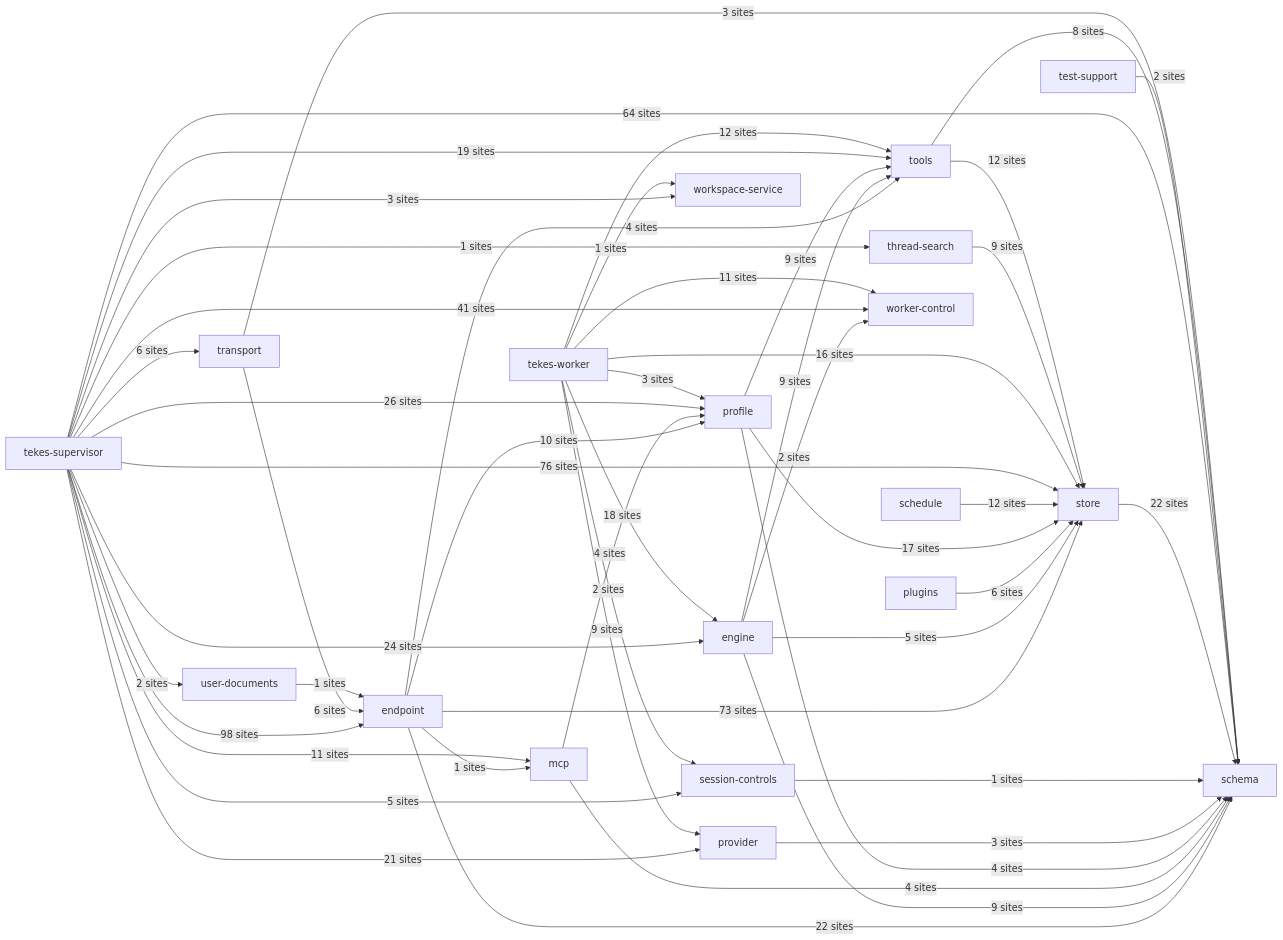
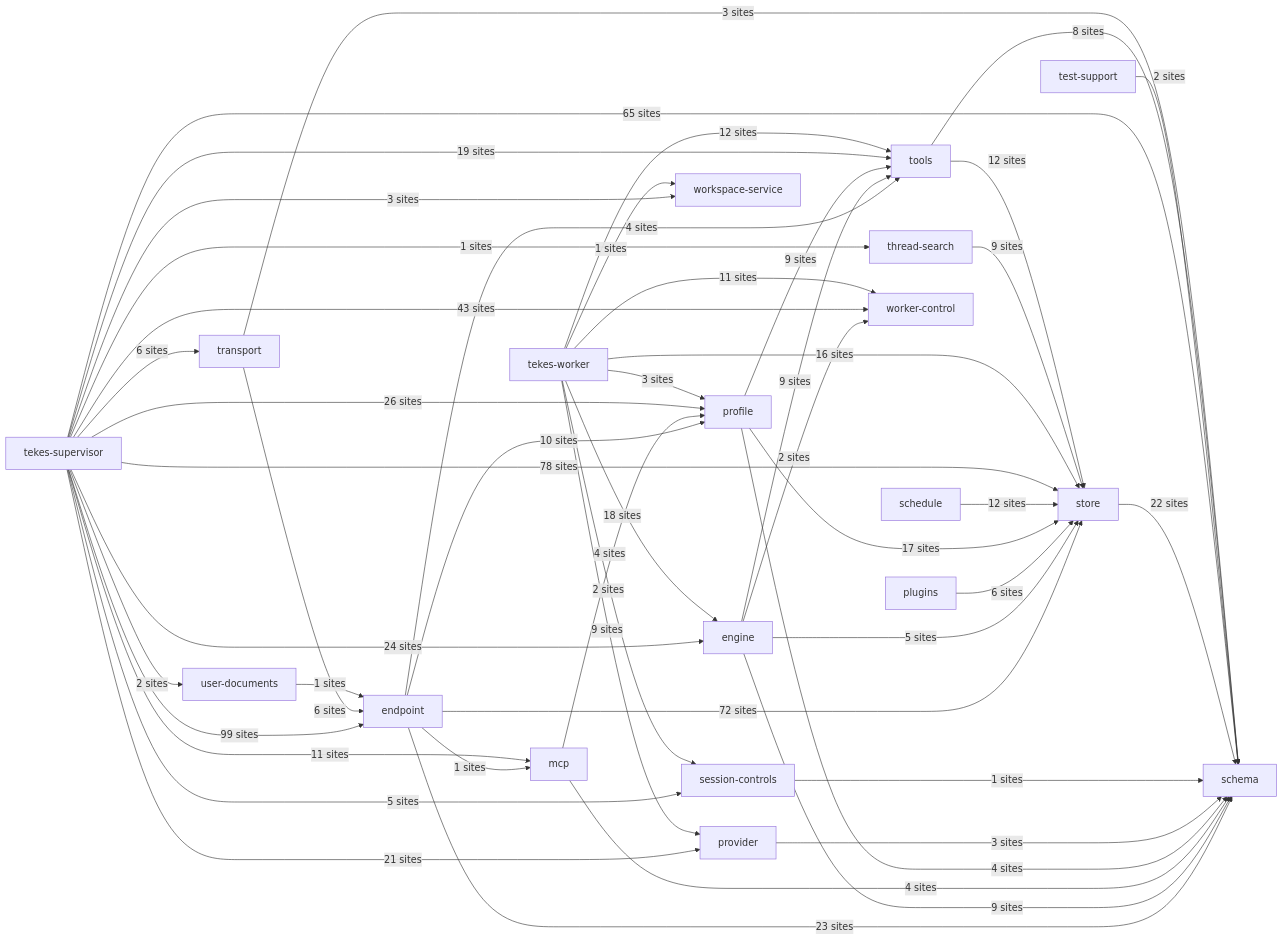
One commit to TekesApps/TekesKernel changed the second of 2 diagrams in docs/architecture/generated/index.md. Above: the diagram before and after it, drawn with Mermaid. The commit also changed other lines of this file and 56 other files, not shown here.

````diff
--- a/docs/architecture/generated/index.md
+++ b/docs/architecture/generated/index.md
@@ -149,70 +149,70 @@
 ```mermaid
 flowchart LR
   p1["endpoint"]
   p2["engine"]
   p4["mcp"]
   p5["plugins"]
   p6["profile"]
   p7["provider"]
   p8["schedule"]
   p9["schema"]
   p10["session-controls"]
   p11["store"]
   p12["tekes-supervisor"]
   p13["tekes-worker"]
   p14["test-support"]
   p15["thread-search"]
   p16["tools"]
   p17["transport"]
   p18["user-documents"]
   p19["worker-control"]
   p20["workspace-service"]
   p1 -->|"1 sites"| p4
   p1 -->|"10 sites"| p6
-  p1 -->|"22 sites"| p9
-  p1 -->|"73 sites"| p11
+  p1 -->|"23 sites"| p9
+  p1 -->|"72 sites"| p11
   p1 -->|"4 sites"| p16
   p2 -->|"9 sites"| p9
   p2 -->|"5 sites"| p11
   p2 -->|"9 sites"| p16
   p2 -->|"2 sites"| p19
   p4 -->|"4 sites"| p6
   p4 -->|"4 sites"| p9
   p5 -->|"6 sites"| p11
   p6 -->|"4 sites"| p9
   p6 -->|"17 sites"| p11
   p6 -->|"9 sites"| p16
   p7 -->|"3 sites"| p9
   p8 -->|"12 sites"| p11
   p10 -->|"1 sites"| p9
   p11 -->|"22 sites"| p9
-  p12 -->|"98 sites"| p1
+  p12 -->|"99 sites"| p1
   p12 -->|"24 sites"| p2
   p12 -->|"11 sites"| p4
   p12 -->|"26 sites"| p6
   p12 -->|"21 sites"| p7
-  p12 -->|"64 sites"| p9
+  p12 -->|"65 sites"| p9
   p12 -->|"5 sites"| p10
-  p12 -->|"76 sites"| p11
+  p12 -->|"78 sites"| p11
   p12 -->|"1 sites"| p15
   p12 -->|"19 sites"| p16
   p12 -->|"6 sites"| p17
   p12 -->|"2 sites"| p18
-  p12 -->|"41 sites"| p19
+  p12 -->|"43 sites"| p19
   p12 -->|"3 sites"| p20
   p13 -->|"18 sites"| p2
   p13 -->|"3 sites"| p6
   p13 -->|"9 sites"| p7
   p13 -->|"2 sites"| p10
   p13 -->|"16 sites"| p11
   p13 -->|"12 sites"| p16
   p13 -->|"11 sites"| p19
   p13 -->|"1 sites"| p20
   p14 -->|"2 sites"| p9
   p15 -->|"9 sites"| p11
   p16 -->|"8 sites"| p9
   p16 -->|"12 sites"| p11
   p17 -->|"6 sites"| p1
   p17 -->|"3 sites"| p9
   p18 -->|"1 sites"| p1
 ```
````
